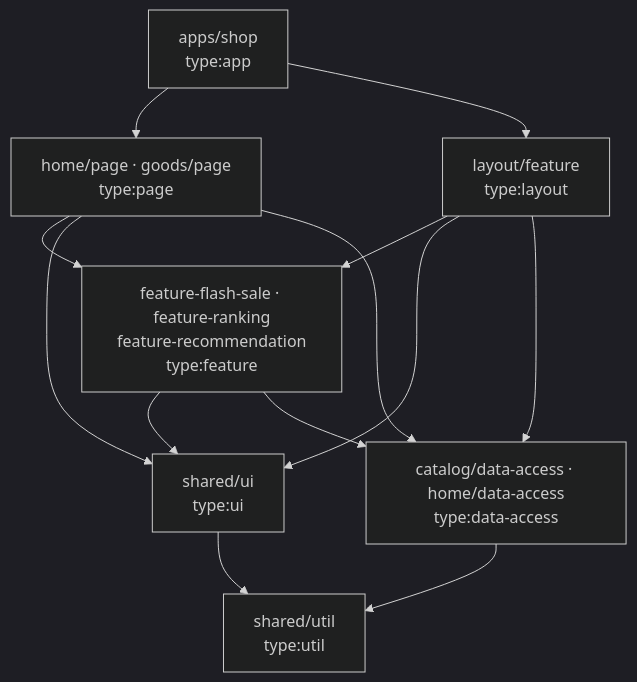
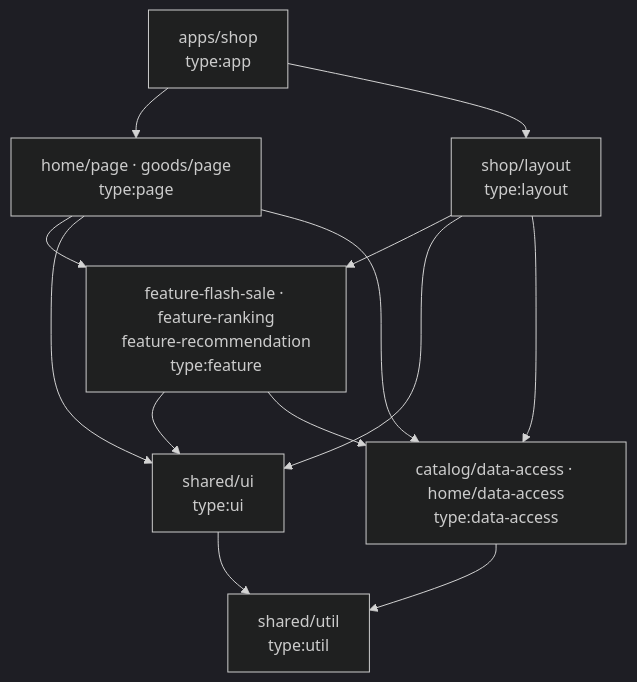
The diagram in docs/architecture.md (zach0627/momo-shop-work), drawn with Mermaid (dark theme) before and after one commit. The commit also changed other lines of this file and 26 other files, not shown here.

First line of the commit message:
refactor: move the chrome lib to libs/shop/layout

````diff
--- a/docs/architecture.md
+++ b/docs/architecture.md
@@ -30,15 +30,15 @@
 ```mermaid
 graph TD
   APP["apps/shop<br/>type:app"] --> PAGE["home/page · goods/page<br/>type:page"]
-  APP --> LAYOUT["layout/feature<br/>type:layout"]
+  APP --> LAYOUT["shop/layout<br/>type:layout"]
   PAGE --> FEAT["feature-flash-sale · feature-ranking<br/>feature-recommendation<br/>type:feature"]
   PAGE --> UI
   PAGE --> DA
   FEAT --> UI["shared/ui<br/>type:ui"]
   FEAT --> DA["catalog/data-access · home/data-access<br/>type:data-access"]
   LAYOUT --> FEAT
   LAYOUT --> UI
   LAYOUT --> DA
   UI --> UTIL["shared/util<br/>type:util"]
   DA --> UTIL
 ```
````
